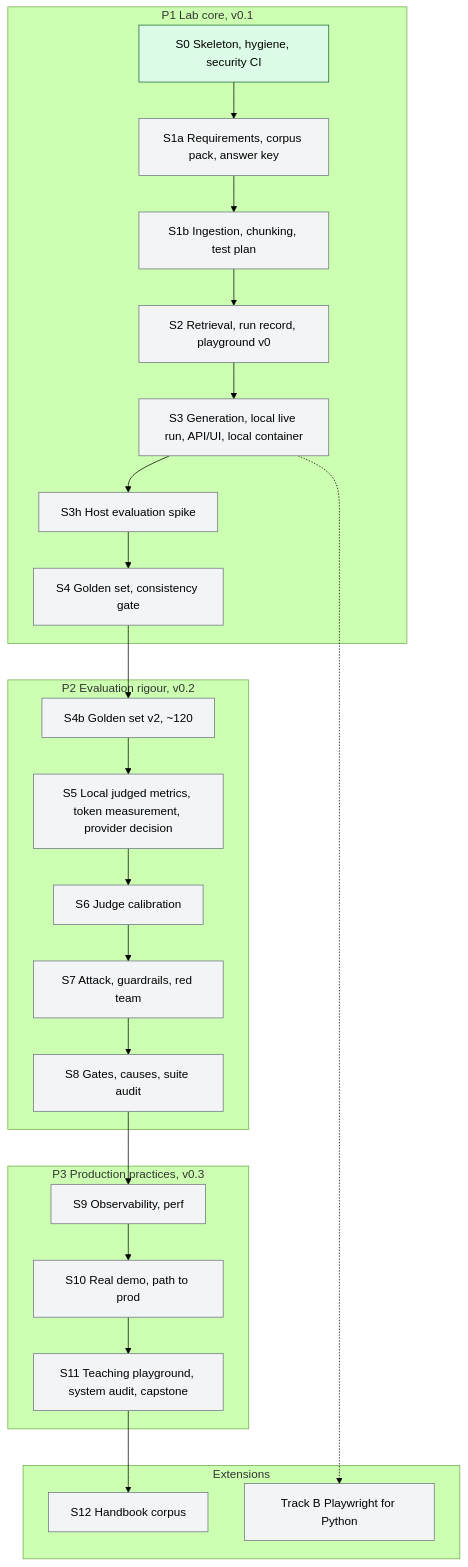
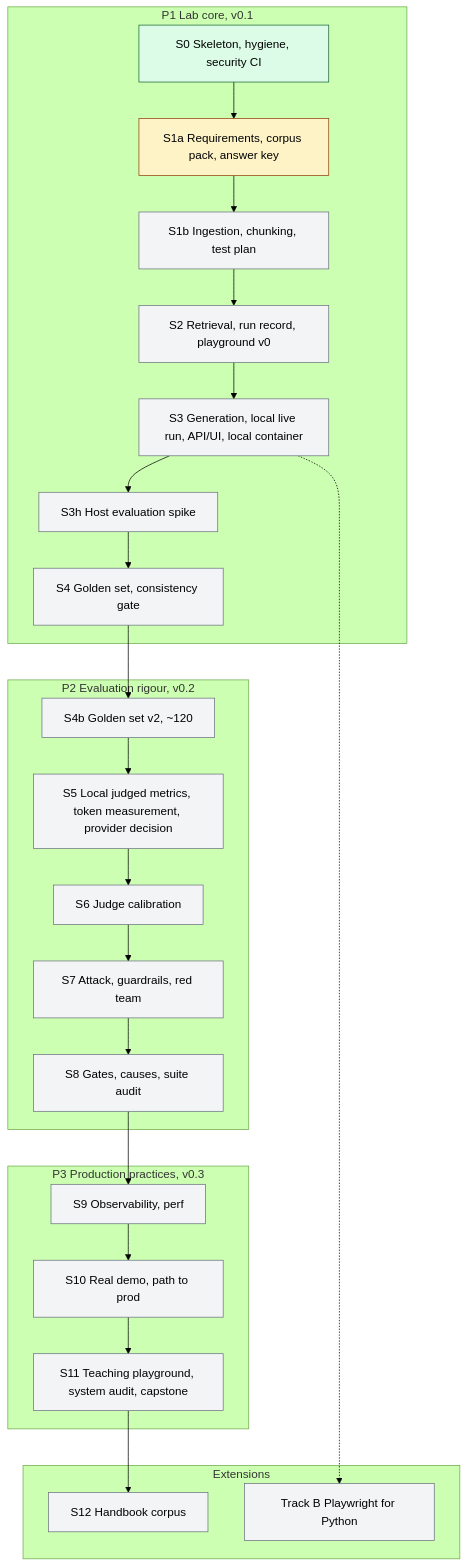
The diagram in README.md (willcoliveira/ai-testing-rag-lab), drawn with Mermaid (forest theme) before and after one commit. The commit also changed 3 other files, not shown here.

````diff
--- a/README.md
+++ b/README.md
@@ -21,25 +21,26 @@
 ```mermaid
 flowchart TB
   subgraph P1[P1 Lab core, v0.1]
     S0[S0 Skeleton, hygiene, security CI] --> S1a[S1a Requirements, corpus pack, answer key] --> S1b[S1b Ingestion, chunking, test plan] --> S2[S2 Retrieval, run record, playground v0] --> S3[S3 Generation, local live run, API/UI, local container] --> S3h[S3h Host evaluation spike] --> S4[S4 Golden set, consistency gate]
   end
   subgraph P2[P2 Evaluation rigour, v0.2]
     S4b[S4b Golden set v2, ~120] --> S5[S5 Local judged metrics, token measurement, provider decision] --> S6[S6 Judge calibration] --> S7[S7 Attack, guardrails, red team] --> S8[S8 Gates, causes, suite audit]
   end
   subgraph P3[P3 Production practices, v0.3]
     S9[S9 Observability, perf] --> S10[S10 Real demo, path to prod] --> S11[S11 Teaching playground, system audit, capstone]
   end
   subgraph EXT[Extensions]
     S12[S12 Handbook corpus]
     B[Track B Playwright for Python]
   end
   S4 --> S4b
   S8 --> S9
   S11 --> S12
   S3 -.-> B
   classDef todo fill:#f3f4f6,stroke:#6b7280
   classDef wip fill:#fef3c7,stroke:#92400e
   classDef done fill:#dcfce7,stroke:#166534
   class S0 done
-  class S1a,S1b,S2,S3,S3h,S4,S4b,S5,S6,S7,S8,S9,S10,S11,S12,B todo
+  class S1a wip
+  class S1b,S2,S3,S3h,S4,S4b,S5,S6,S7,S8,S9,S10,S11,S12,B todo
 ```
````
